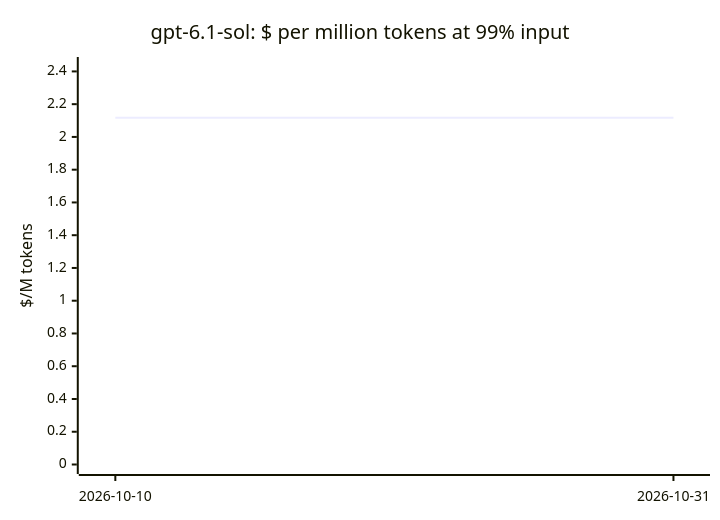
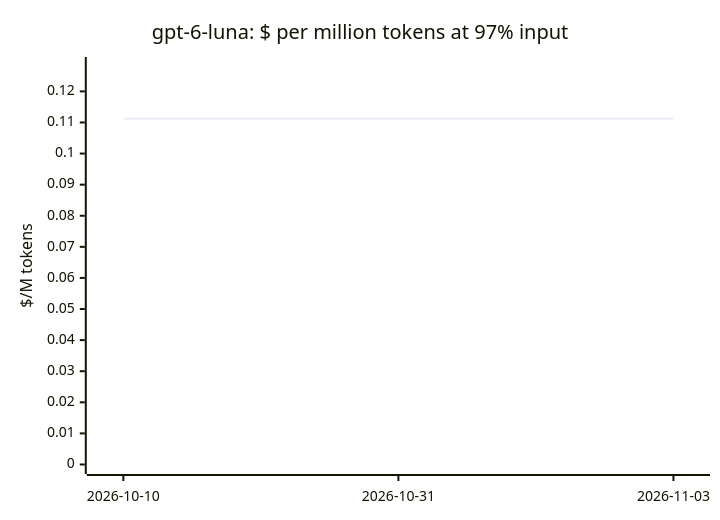
One commit to cklukas/OMEGA_TRANSFORM changed diagram 12 of 20 in docs/openrouter-models.md. Above: the diagram before and after it, drawn with Mermaid. The commit also changed other lines of this file and 469 other files, not shown here.

````diff
--- a/docs/openrouter-models.md
+++ b/docs/openrouter-models.md
@@ -233,7 +240,7 @@
 ```mermaid
 xychart-beta
-    title "gpt-6.1-sol: $ per million tokens at 99% input"
-    x-axis ["2026-10-10", "2026-10-31"]
-    y-axis "$/M tokens" 0 --> 2.43
-    line [2.117, 2.117]
+    title "gpt-6-luna: $ per million tokens at 97% input"
+    x-axis ["2026-10-10", "2026-10-31", "2026-11-03"]
+    y-axis "$/M tokens" 0 --> 0.128
+    line [0.1112, 0.1112, 0.1112]
 ```
````
